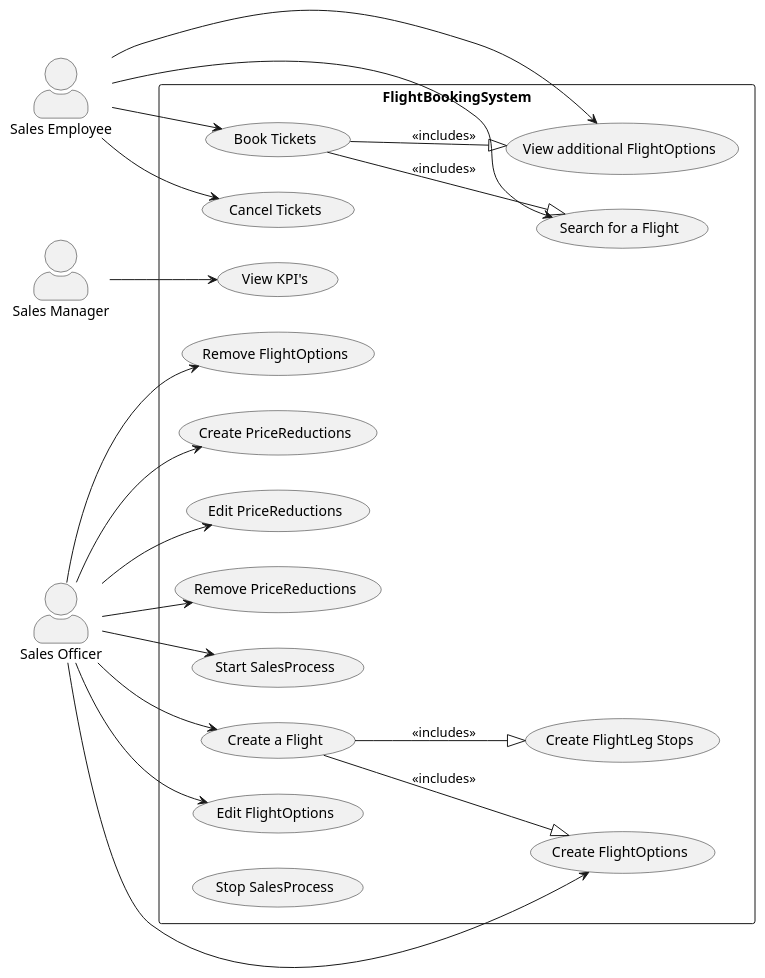
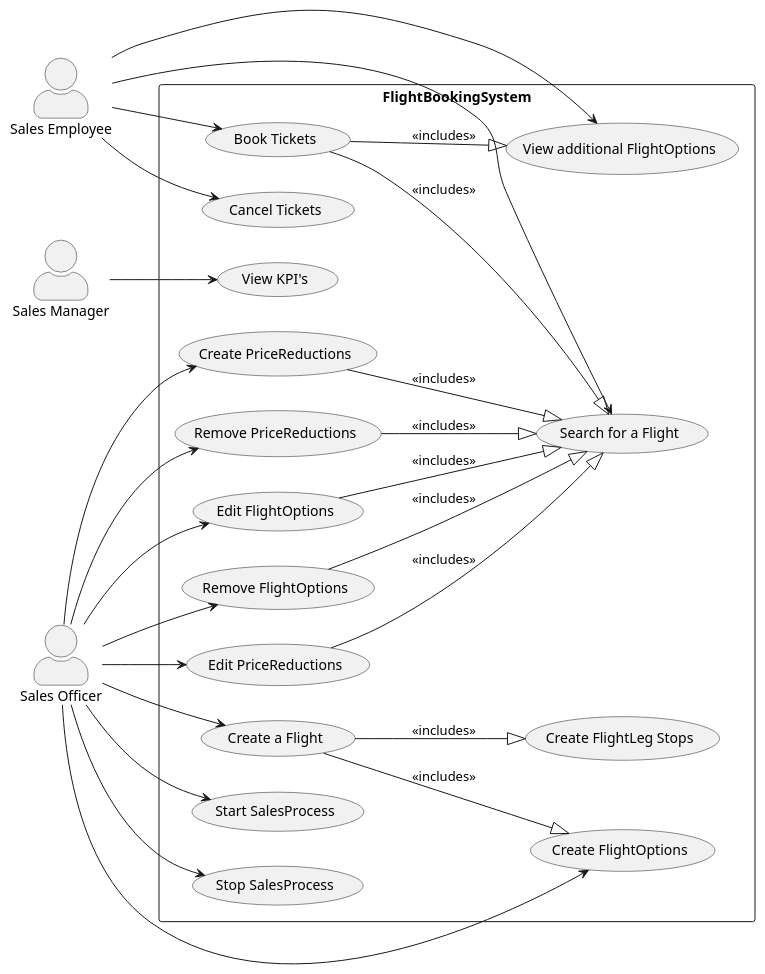
One commit to Niklas-Mezynski/fontys-prj2-2021-prj2-2021-02 changed the diagram in analysis/use_cases.puml. Above: the diagram before and after it, drawn with PlantUML.

```diff
--- a/analysis/use_cases.puml
+++ b/analysis/use_cases.puml
@@ -1,51 +1,58 @@
 @startuml
 left to right direction
 skinparam classAttributeIconSize 0
 skinparam componentStyle uml2
 skinparam actorStyle awesome
 hide circle
 
 actor "Sales Employee" as se
 actor "Sales Manager" as sm
 actor "Sales Officer" as so
 
 rectangle FlightBookingSystem {
   usecase "Search for a Flight" as UC1
   usecase "Create a Flight" as UC2
   usecase "Book Tickets" as UC3
   usecase "Cancel Tickets" as UC10
   usecase "View additional FlightOptions" as UC4
   usecase "Create FlightOptions" as UC5
   usecase "Edit FlightOptions" as UC11
   usecase "Remove FlightOptions" as UC12
   usecase "View KPI's" as UC6
   usecase "Create PriceReductions" as UC7
   usecase "Edit PriceReductions" as UC13
   usecase "Remove PriceReductions" as UC14
   usecase "Start SalesProcess" as UC8
   usecase "Stop SalesProcess" as UC15
   usecase "Create FlightLeg Stops" as UC9
 }
 
 UC2 --|> UC9: <<includes>>
 UC2 --|> UC5: <<includes>>
 
 UC3 --|> UC1: <<includes>>
 UC3 --|> UC4: <<includes>>
 
+UC11 --|>UC1: <<includes>>
+UC12 --|>UC1: <<includes>>
+UC13 --|>UC1: <<includes>>
+UC14 --|>UC1: <<includes>>
+UC7 --|>UC1: <<includes>>
+
 se --> UC1
 se --> UC3
 se --> UC4
 se --> UC10
 
 so --> UC2
 so --> UC5
 so --> UC7
-so --> UC8
 so --> UC11
 so --> UC12
 so --> UC13
 so --> UC14
+so --> UC8
+so --> UC15
 
 sm --> UC6
 @enduml
```
